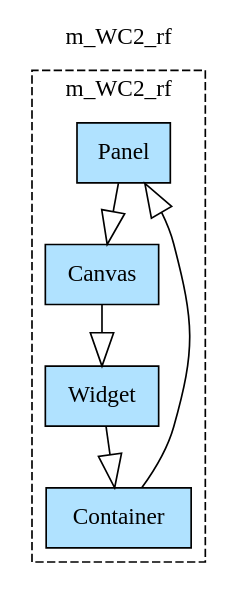
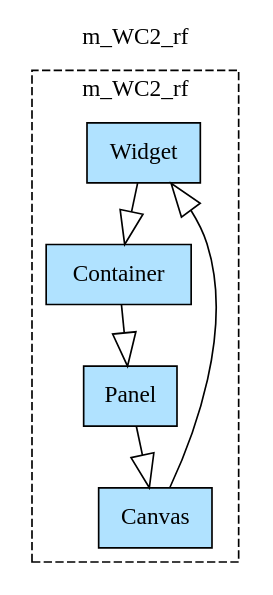
The diagram in Haskell/FragmentaTests/Widget_Canvas2/img/m_WC2_rf.gv (namalio/Fragmenta), drawn with Graphviz before and after one commit. The commit also changed other lines of this file and 25 other files, not shown here.

```diff
--- a/Haskell/FragmentaTests/Widget_Canvas2/img/m_WC2_rf.gv
+++ b/Haskell/FragmentaTests/Widget_Canvas2/img/m_WC2_rf.gv
@@ -1,14 +1,14 @@
 digraph {graph[label=m_WC2_rf,labelloc=tl,labelfontsize=12];
 subgraph cluster_m_WC2_rf{style=dashed;label=m_WC2_rf;
+"Widget"[shape=record,fillcolor=lightskyblue1,style = filled,label="Widget"];
 "Panel"[shape=record,fillcolor=lightskyblue1,style = filled,label="Panel"];
-"Widget"[shape=record,fillcolor=lightskyblue1,style = filled,label="Widget"];
 "Container"[shape=record,fillcolor=lightskyblue1,style = filled,label="Container"];
 "Canvas"[shape=record,fillcolor=lightskyblue1,style = filled,label="Canvas"];
 
 "Canvas"->"Widget"[arrowhead=onormal,arrowsize=2.0];
-"Widget"->"Container"[arrowhead=onormal,arrowsize=2.0];
 "Container"->"Panel"[arrowhead=onormal,arrowsize=2.0];
 "Panel"->"Canvas"[arrowhead=onormal,arrowsize=2.0];
+"Widget"->"Container"[arrowhead=onormal,arrowsize=2.0];
 
 }
 }
```
